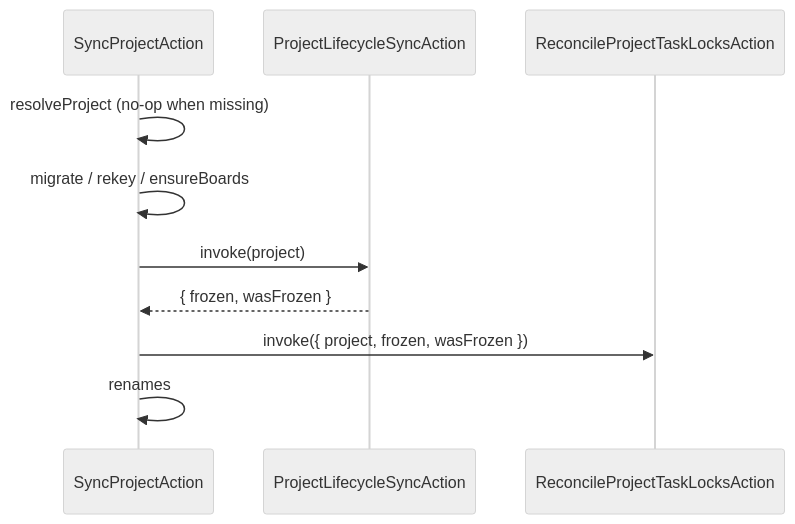
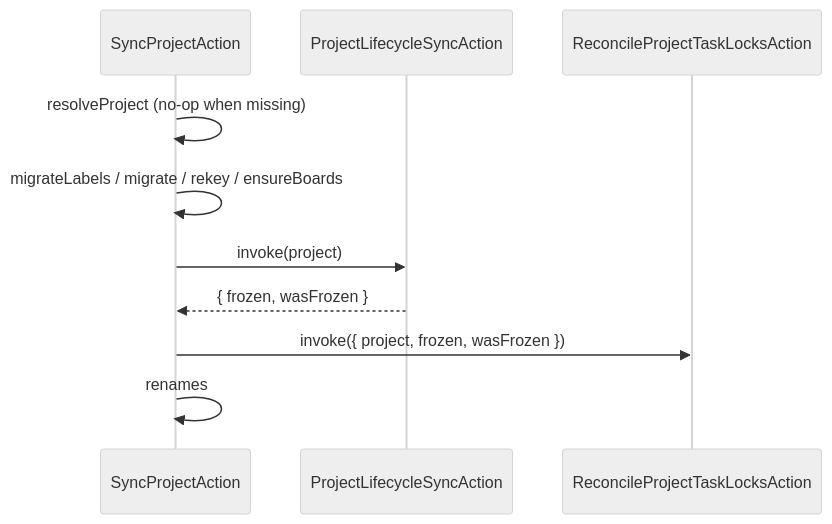
One commit to 99linesofcode/obsidian-project-management changed the second of 17 diagrams in docs/developer-manual.md. Above: the diagram before and after it, drawn with Mermaid (neutral theme). The commit also changed other lines of this file and 1 other file, not shown here.

First line of the commit message:
docs(migration): the leading migrate-labels step

````diff
--- a/docs/developer-manual.md
+++ b/docs/developer-manual.md
@@ -210,13 +211,13 @@
 ```mermaid
 sequenceDiagram
   participant SP as SyncProjectAction
   participant Life as ProjectLifecycleSyncAction
   participant Lock as ReconcileProjectTaskLocksAction
 
   SP->>SP: resolveProject (no-op when missing)
-  SP->>SP: migrate / rekey / ensureBoards
+  SP->>SP: migrateLabels / migrate / rekey / ensureBoards
   SP->>Life: invoke(project)
   Life-->>SP: { frozen, wasFrozen }
   SP->>Lock: invoke({ project, frozen, wasFrozen })
   SP->>SP: renames
 ```
````
